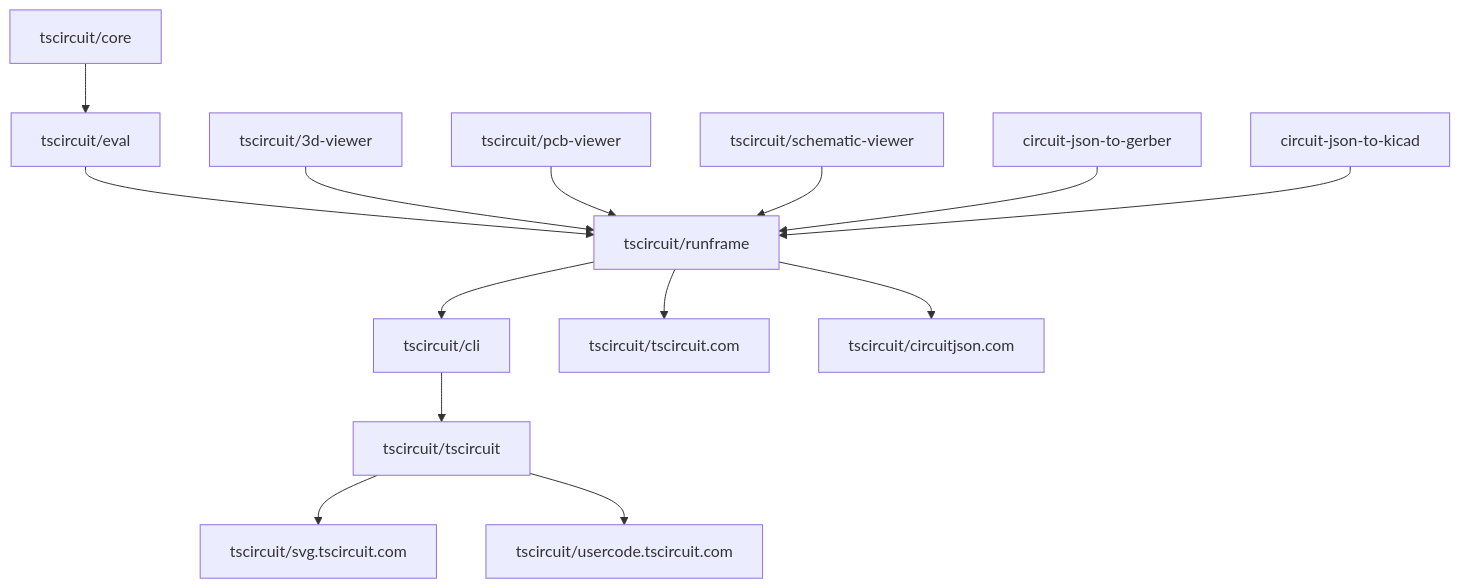
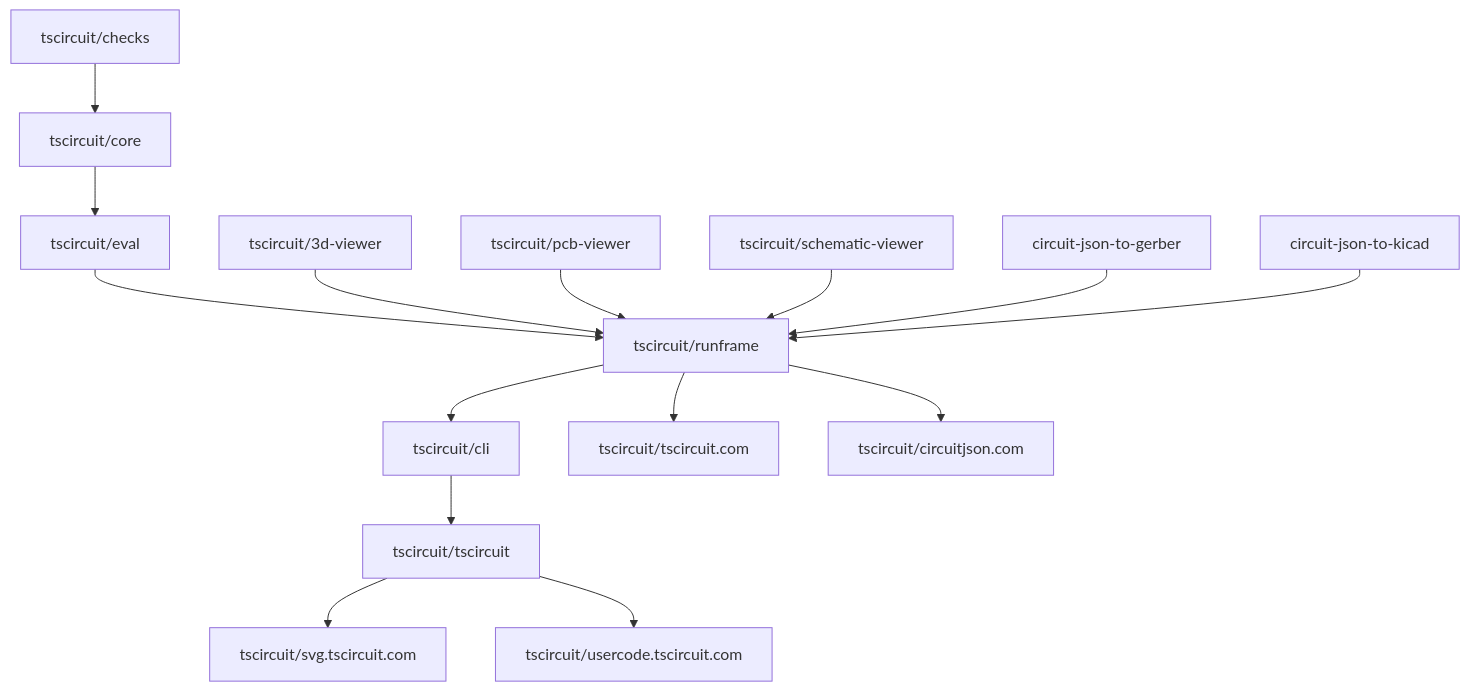
The diagram in docs/contributing/package-dependencies-and-auto-updates.mdx (tscircuit/docs), drawn with Mermaid before and after one commit.

Commit message:
Add @tscircui/checks to the dependency updates

````diff
--- a/docs/contributing/package-dependencies-and-auto-updates.mdx
+++ b/docs/contributing/package-dependencies-and-auto-updates.mdx
@@ -14,40 +14,43 @@
 ```mermaid
 flowchart TD
+
+    %% Checks to Core
+    checks[tscircuit/checks] --> core[tscircuit/core]
 
     %% Core to Eval
     core[tscircuit/core] --> eval[tscircuit/eval]
 
     %% Eval to Runframe
     eval --> runframe[tscircuit/runframe]
 
     %% 3D Viewer to Runframe
     viewer3d[tscircuit/3d-viewer] --> runframe
 
     %% PCB Viewer to Runframe
     pcbviewer[tscircuit/pcb-viewer] --> runframe
 
     %% Schematic Viewer to Runframe
     schemaviewer[tscircuit/schematic-viewer] --> runframe
 
     %% Circuit JSON to Gerber to Runframe
     circuitjsontogerber[circuit-json-to-gerber] --> runframe
 
     %% Circuit JSON to KiCad to Runframe
     circuitjsontokicad[circuit-json-to-kicad] --> runframe
 
     %% Runframe to CLI
     runframe --> cli[tscircuit/cli]
 
     %% Runframe to tscircuit.com
     runframe --> tscircuitcom[tscircuit/tscircuit.com]
 
     %% Runframe to circuitjson.com
     runframe --> circuitjsoncom[tscircuit/circuitjson.com]
     
     %% CLI to Tscircuit
     cli --> tscircuit[tscircuit/tscircuit]
 
     %% Tscircuit to web services
     tscircuit --> svg[tscircuit/svg.tscircuit.com]
     tscircuit --> usercode[tscircuit/usercode.tscircuit.com]
 ```
````
